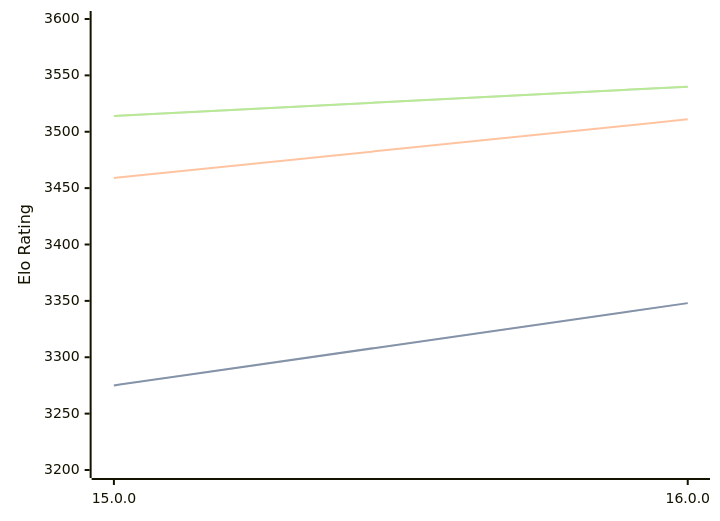
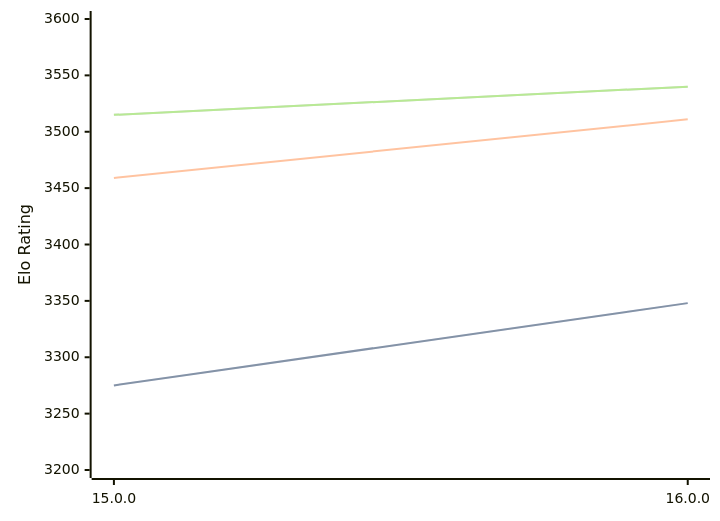
One commit to computer-chess-index/cci changed the first of 3 diagrams in engines/Halogen.md. Above: the diagram before and after it, drawn with Mermaid. The commit also changed other lines of this file, not shown here.

Commit message:
Update CCI Ratings (ELO VLTC) - 2026-07-08

````diff
--- a/engines/Halogen.md
+++ b/engines/Halogen.md
@@ -50,11 +50,11 @@
 ```mermaid
 %%{init: {"theme":"base","themeVariables":{"seriesColors:['#a3a3a3','#222221','#faa371']}}}%%
 xychart-beta
   x-axis ["15.0.0", "16.0.0"]
   y-axis "Elo Rating" 3200 --> 3600
   line "STC (8.0+0.08s)" [3275, 3348]
   line "STC (8.0+0.08s)" [3275, 3348]
   line "LTC (60.0+0.60s)" [3459, 3511]
-  line "VLTC (2m24s+1.12s)" [3514, 3540]
-  line "VLTC (2m24s+1.12s)" [3514, 3540]
+  line "VLTC (2m24s+1.12s)" [3515, 3540]
+  line "VLTC (2m24s+1.12s)" [3515, 3540]
 ```
````
